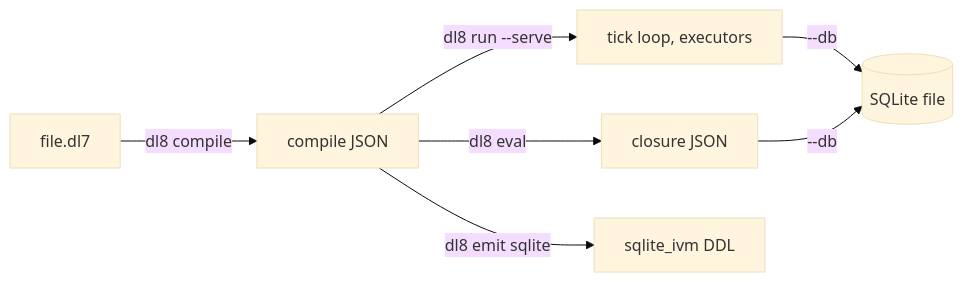
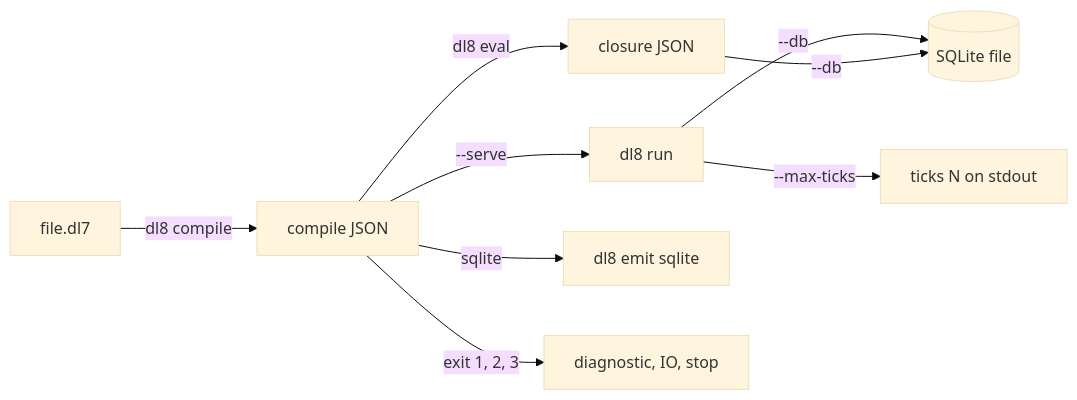
The diagram in v8/book/src/1_run.md (hafley66/sprefa), drawn with Mermaid (base theme) before and after one commit. The commit also changed 18 other files, not shown here.

First line of the commit message:
docs(v8): one chained mermaid per book chapter

````diff
--- a/v8/book/src/1_run.md
+++ b/v8/book/src/1_run.md
@@ -12,9 +5,11 @@
 ```mermaid
 flowchart LR
-  S[file.dl7] -->|dl8 compile| C[compile JSON]
-  C -->|dl8 eval| E[closure JSON]
-  C -->|dl8 run --serve| R[tick loop, executors]
-  C -->|dl8 emit sqlite| V[sqlite_ivm DDL]
-  R -->|--db| D[(SQLite file)]
-  E -->|--db| D
+  dl7[file.dl7] -->|dl8 compile| compile[compile JSON]
+  compile -->|dl8 eval| closure[closure JSON]
+  compile -->|--serve| run[dl8 run]
+  compile -->|sqlite| emit[dl8 emit sqlite]
+  compile -->|exit 1, 2, 3| exitcode[diagnostic, IO, stop]
+  run -->|--max-ticks| ticks[ticks N on stdout]
+  run -->|--db| db[(SQLite file)]
+  closure -->|--db| db
 ```
````
